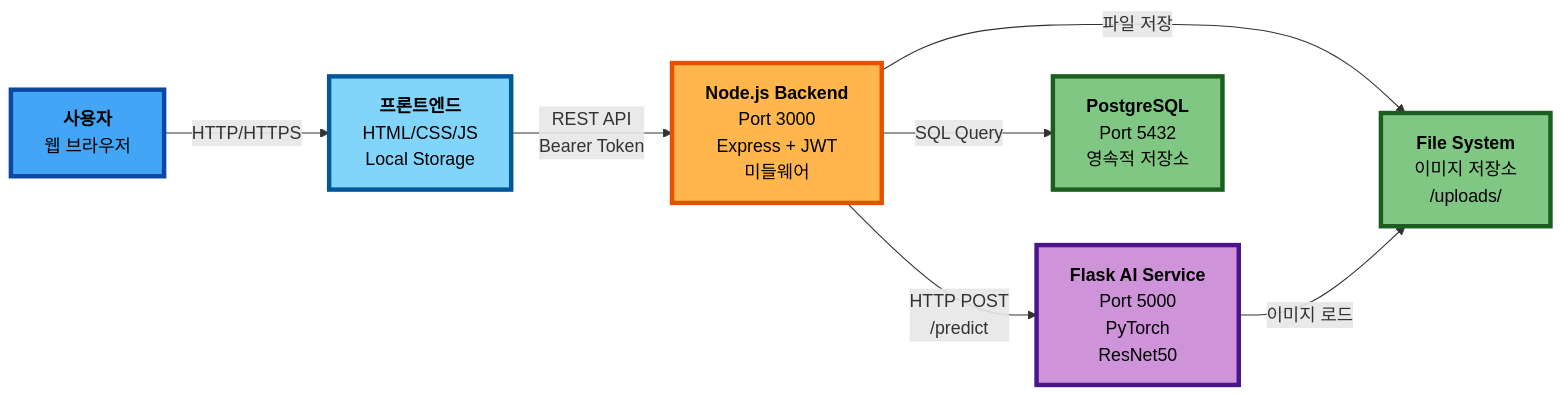
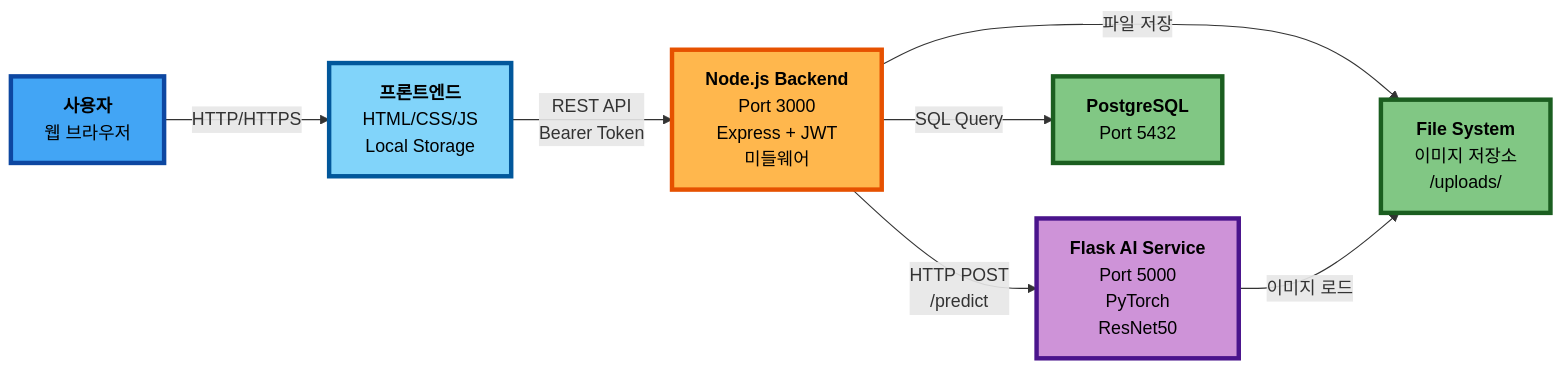
One commit to kyoe-23/DeepLearning_project changed the first of 13 diagrams in Architecture.md. Above: the diagram before and after it, drawn with Mermaid.

Commit message:
수정

````diff
--- a/Architecture.md
+++ b/Architecture.md
@@ -38,35 +38,35 @@
 ```mermaid
 graph LR
     USER["<b>사용자</b><br/>웹 브라우저"]
 
     FE["<b>프론트엔드</b><br/>HTML/CSS/JS<br/>Local Storage"]
 
     BACKEND["<b>Node.js Backend</b><br/>Port 3000<br/>Express + JWT<br/>미들웨어"]
 
     AI["<b>Flask AI Service</b><br/>Port 5000<br/>PyTorch<br/>ResNet50"]
 
-    DB["<b>PostgreSQL</b><br/>Port 5432<br/>영속적 저장소"]
+    DB["<b>PostgreSQL</b><br/>Port 5432"]
 
     FS["<b>File System</b><br/>이미지 저장소<br/>/uploads/"]
 
     %% 데이터 흐름
     USER -->|HTTP/HTTPS| FE
     FE -->|REST API<br/>Bearer Token| BACKEND
     BACKEND -->|SQL Query| DB
     BACKEND -->|HTTP POST<br/>/predict| AI
     BACKEND -->|파일 저장| FS
     AI -->|이미지 로드| FS
 
     %% 스타일
     classDef userClass fill:#42A5F5,stroke:#0D47A1,stroke-width:4px,color:#000
     classDef frontClass fill:#81D4FA,stroke:#01579B,stroke-width:4px,color:#000
     classDef backClass fill:#FFB74D,stroke:#E65100,stroke-width:4px,color:#000
     classDef aiClass fill:#CE93D8,stroke:#4A148C,stroke-width:4px,color:#000
     classDef dataClass fill:#81C784,stroke:#1B5E20,stroke-width:4px,color:#000
 
     class USER userClass
     class FE frontClass
     class BACKEND backClass
     class AI aiClass
     class DB,FS dataClass
 ```
````
